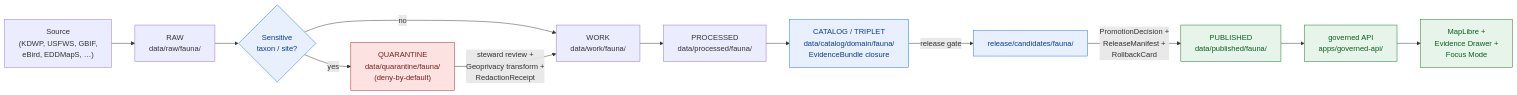
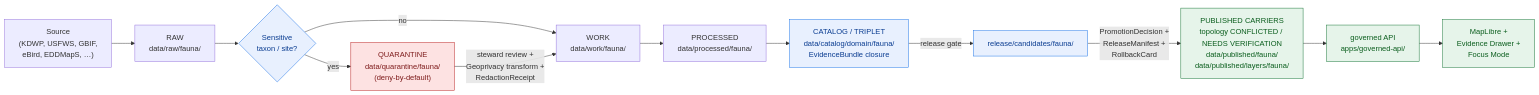
One commit to bartytime4life/Kansas-Frontier-Matrix changed the diagram in docs/domains/fauna/README.md. Above: the diagram before and after it, drawn with Mermaid. The commit also changed other lines of this file, not shown here.

Commit message:
docs(fauna): preserve unresolved published topology

````diff
--- a/docs/domains/fauna/README.md
+++ b/docs/domains/fauna/README.md
@@ -249,22 +249,22 @@
 ```mermaid
 flowchart LR
   A["Source<br/>(KDWP, USFWS, GBIF,<br/>eBird, EDDMapS, …)"] --> B["RAW<br/>data/raw/fauna/"]
   B --> C{"Sensitive<br/>taxon / site?"}
   C -- "yes" --> Q["QUARANTINE<br/>data/quarantine/fauna/<br/>(deny-by-default)"]
   C -- "no" --> W["WORK<br/>data/work/fauna/"]
   Q -- "steward review +<br/>Geoprivacy transform +<br/>RedactionReceipt" --> W
   W --> P["PROCESSED<br/>data/processed/fauna/"]
   P --> K["CATALOG / TRIPLET<br/>data/catalog/domain/fauna/<br/>EvidenceBundle closure"]
   K -- "release gate" --> RC["release/candidates/fauna/"]
-  RC -- "PromotionDecision +<br/>ReleaseManifest +<br/>RollbackCard" --> PUB["PUBLISHED<br/>data/published/fauna/"]
+  RC -- "PromotionDecision +<br/>ReleaseManifest +<br/>RollbackCard" --> PUB["PUBLISHED CARRIERS<br/>topology CONFLICTED / NEEDS VERIFICATION<br/>data/published/fauna/<br/>data/published/layers/fauna/"]
   PUB --> API["governed API<br/>apps/governed-api/"]
   API --> UI["MapLibre +<br/>Evidence Drawer +<br/>Focus Mode"]
 
   classDef deny fill:#fde2e2,stroke:#b71c1c,color:#7f1d1d;
   classDef gov fill:#e8f0fe,stroke:#1a73e8,color:#0b3d91;
   classDef pub fill:#e6f4ea,stroke:#137333,color:#0b5e1e;
 
   class Q deny;
   class C,K,RC gov;
   class PUB,API,UI pub;
 ```
````
